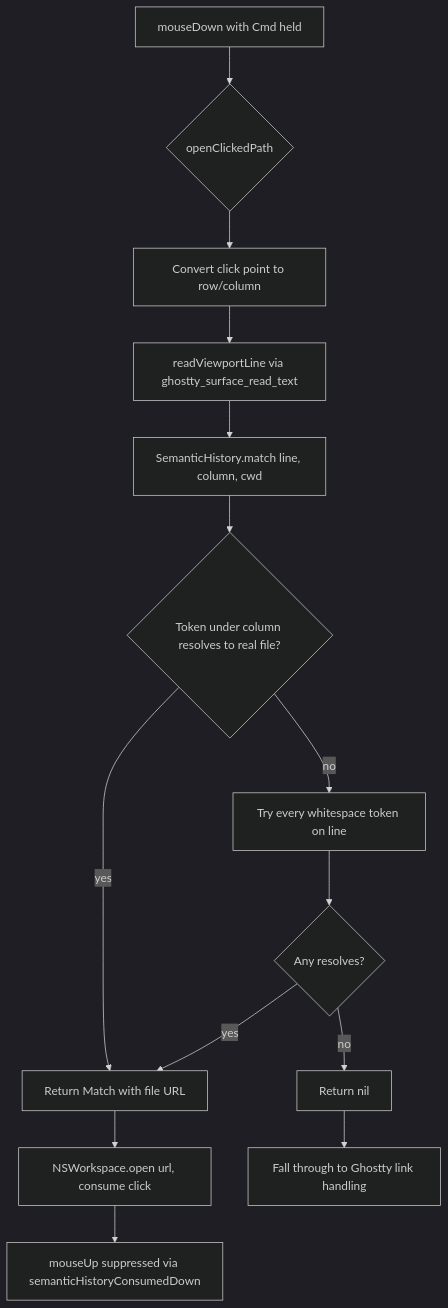
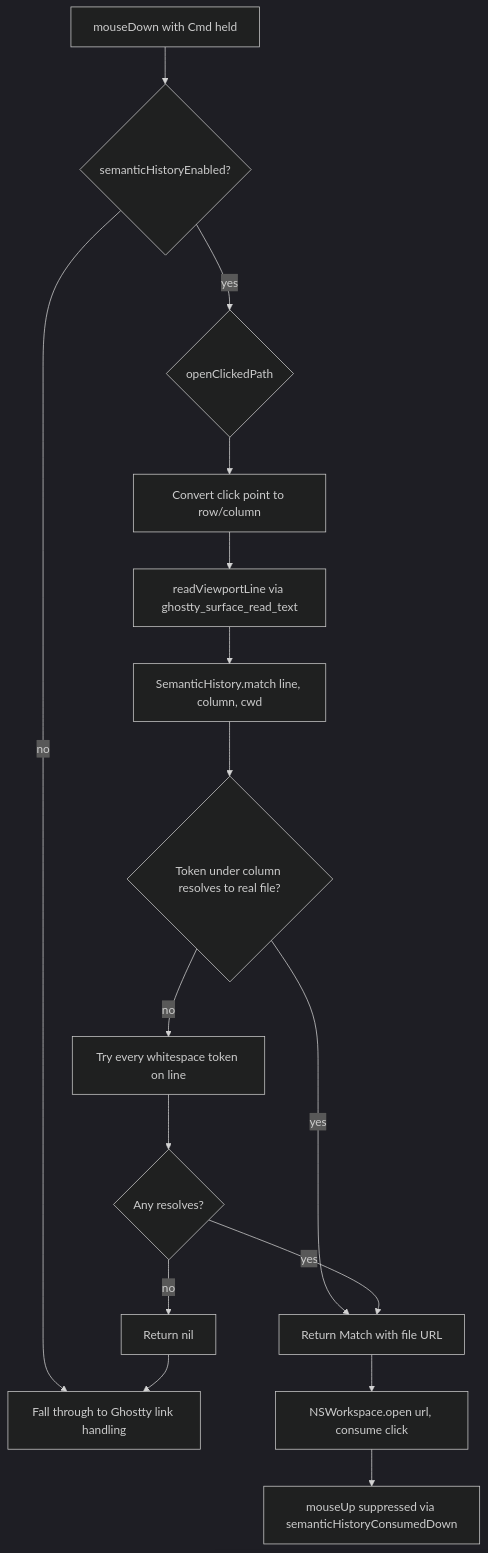
The diagram in prowl-semantic-history-path-click.md (plateaukao/ADR), drawn with Mermaid (dark theme) before and after one commit. The commit also changed other lines of this file, not shown here.

Commit message:
add prowl-semantic-history-path-click

````diff
--- a/prowl-semantic-history-path-click.md
+++ b/prowl-semantic-history-path-click.md
@@ -24,16 +35,18 @@
 ```mermaid
 flowchart TD
-    A[mouseDown with Cmd held] --> B{openClickedPath}
+    A[mouseDown with Cmd held] --> S{semanticHistoryEnabled?}
+    S -- no --> L[Fall through to Ghostty link handling]
+    S -- yes --> B{openClickedPath}
     B --> C[Convert click point to row/column]
     C --> D[readViewportLine via ghostty_surface_read_text]
     D --> E[SemanticHistory.match line, column, cwd]
     E --> F{Token under column resolves to real file?}
     F -- yes --> G[Return Match with file URL]
     F -- no --> H[Try every whitespace token on line]
     H --> I{Any resolves?}
     I -- yes --> G
     I -- no --> J[Return nil]
     G --> K[NSWorkspace.open url, consume click]
     J --> L[Fall through to Ghostty link handling]
     K --> M[mouseUp suppressed via semanticHistoryConsumedDown]
 ```
````
